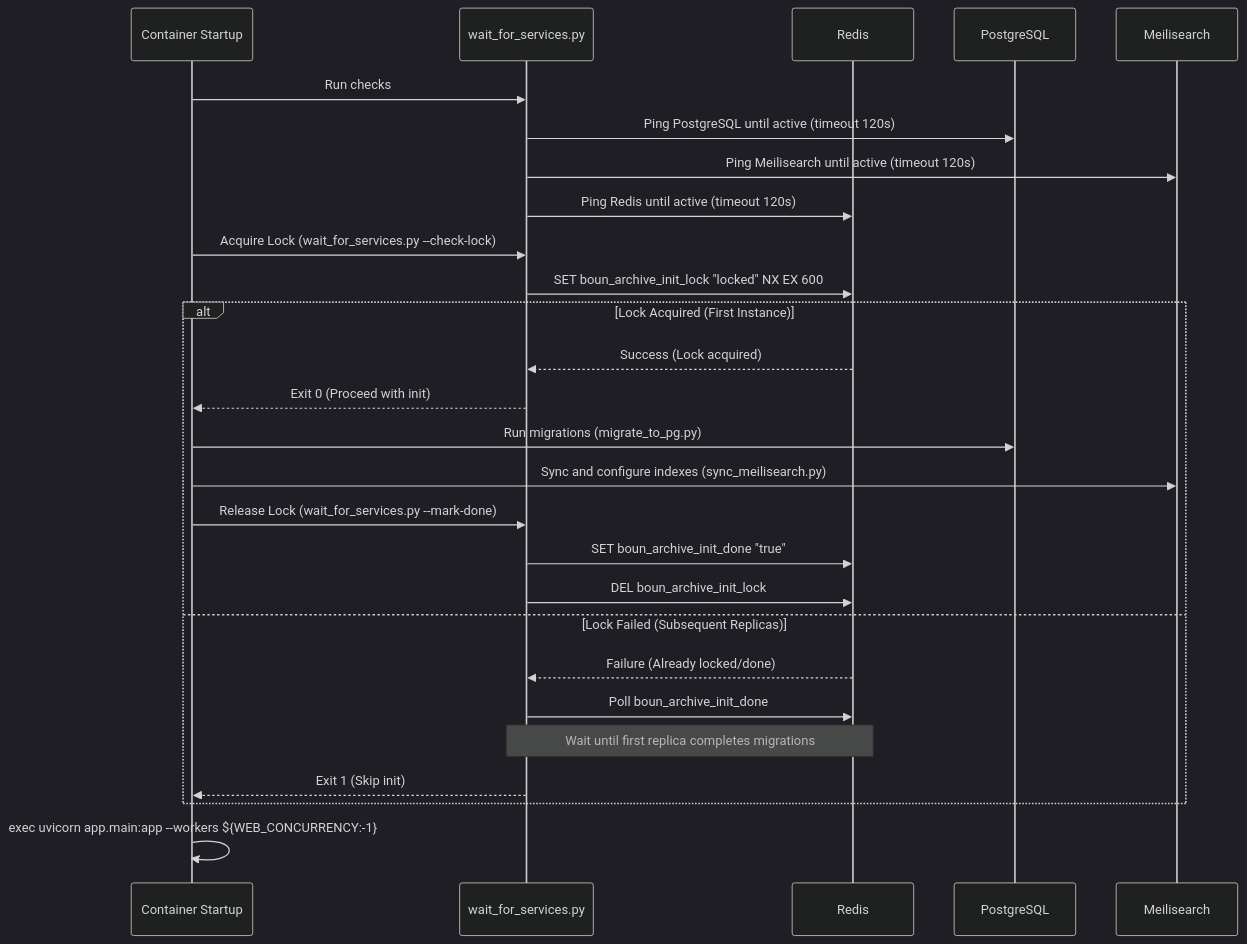
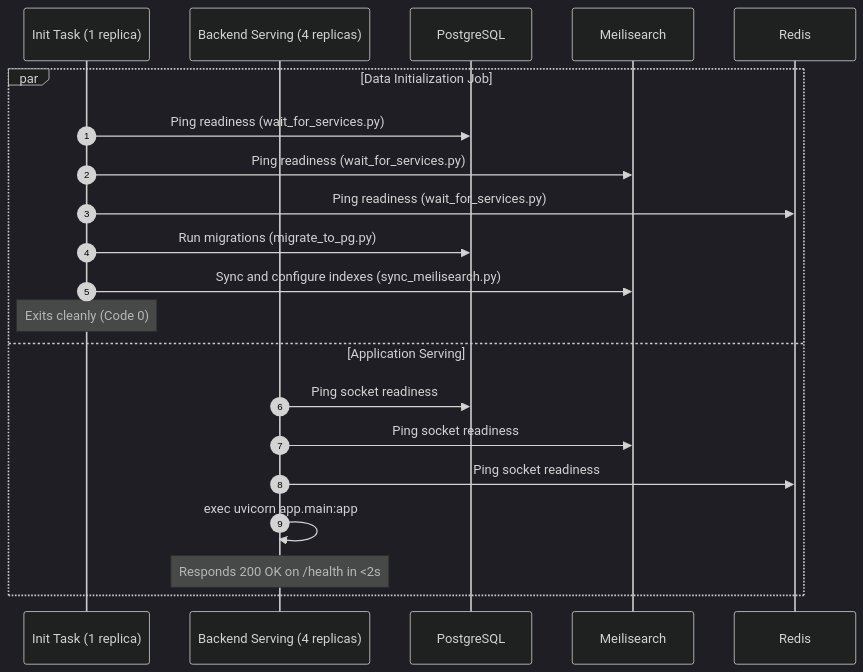
Before and after one commit to fusuycorp/boun-archive: the third of 3 diagrams in README.md, drawn with Mermaid (dark theme). The commit also changed other lines of this file and 8 other files, not shown here.

Commit message:
fix(backend): decouple db/search initialization from uvicorn entrypoint and resolve 0/4 crash loop

````diff
--- a/README.md
+++ b/README.md
@@ -120,33 +120,24 @@
 ```mermaid
 sequenceDiagram
-    participant C as Container Startup
-    participant W as wait_for_services.py
-    participant R as Redis
+    autonumber
+    participant Init as Init Task (1 replica)
+    participant Backend as Backend Serving (4 replicas)
     participant DB as PostgreSQL
     participant M as Meilisearch
+    participant R as Redis
 
-    C->>W: Run checks
-    W->>DB: Ping PostgreSQL until active (timeout 120s)
-    W->>M: Ping Meilisearch until active (timeout 120s)
-    W->>R: Ping Redis until active (timeout 120s)
-    
-    C->>W: Acquire Lock (wait_for_services.py --check-lock)
-    W->>R: SET boun_archive_init_lock "locked" NX EX 600
-    
-    alt Lock Acquired (First Instance)
-        R-->>W: Success (Lock acquired)
-        W-->>C: Exit 0 (Proceed with init)
-        C->>DB: Run migrations (migrate_to_pg.py)
-        C->>M: Sync and configure indexes (sync_meilisearch.py)
-        C->>W: Release Lock (wait_for_services.py --mark-done)
-        W->>R: SET boun_archive_init_done "true"
-        W->>R: DEL boun_archive_init_lock
-    else Lock Failed (Subsequent Replicas)
-        R-->>W: Failure (Already locked/done)
-        W->>R: Poll boun_archive_init_done
-        Note over W,R: Wait until first replica completes migrations
-        W-->>C: Exit 1 (Skip init)
+    par Data Initialization Job
+        Init->>DB: Ping readiness (wait_for_services.py)
+        Init->>M: Ping readiness (wait_for_services.py)
+        Init->>R: Ping readiness (wait_for_services.py)
+        Init->>DB: Run migrations (migrate_to_pg.py)
+        Init->>M: Sync and configure indexes (sync_meilisearch.py)
+        Note over Init: Exits cleanly (Code 0)
+    and Application Serving
+        Backend->>DB: Ping socket readiness
+        Backend->>M: Ping socket readiness
+        Backend->>R: Ping socket readiness
+        Backend->>Backend: exec uvicorn app.main:app
+        Note over Backend: Responds 200 OK on /health in <2s
     end
-    
-    C->>C: exec uvicorn app.main:app --workers ${WEB_CONCURRENCY:-1}
 ```
````
